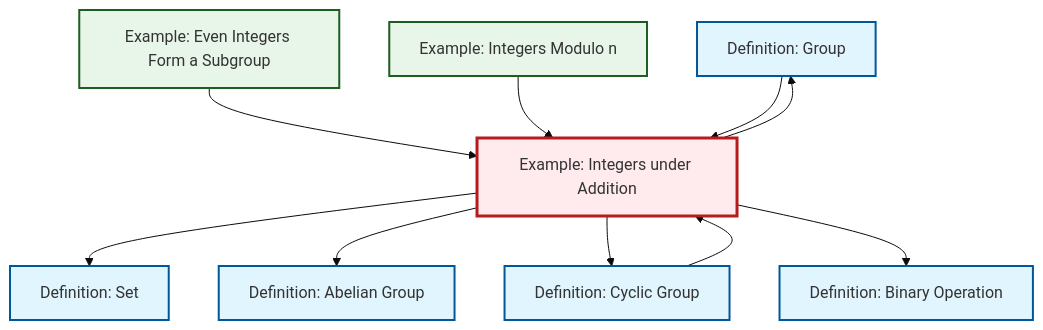
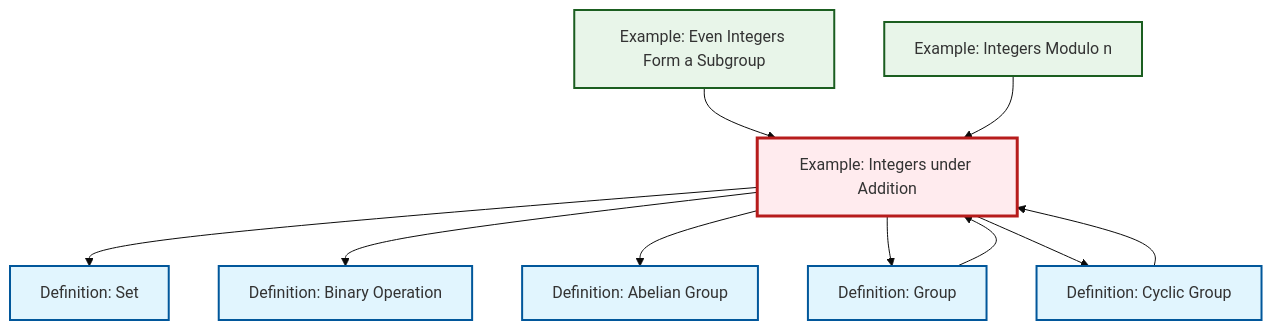
One commit to RK0429/ModernMath changed the diagram in content/ja/algebra/ex-integers-addition.qmd. Above: the diagram before and after it, drawn with Mermaid (base theme). The commit also changed other lines of this file and 654 other files, not shown here.

````diff
--- a/content/ja/algebra/ex-integers-addition.qmd
+++ b/content/ja/algebra/ex-integers-addition.qmd
@@ -74,34 +74,34 @@
 ```{mermaid}
 %%| fig-cap: "Local dependency graph"
 graph TD
     classDef definition fill:#e1f5fe,stroke:#01579b,stroke-width:2px
     classDef theorem fill:#f3e5f5,stroke:#4a148c,stroke-width:2px
     classDef axiom fill:#fff3e0,stroke:#e65100,stroke-width:2px
     classDef example fill:#e8f5e9,stroke:#1b5e20,stroke-width:2px
     classDef current fill:#ffebee,stroke:#b71c1c,stroke-width:3px
+    ex-even-integers-subgroup["Example: Even Integers Form a Subgroup"]:::example
+    def-set["Definition: Set"]:::definition
+    def-cyclic-group["Definition: Cyclic Group"]:::definition
+    ex-integers-addition["Example: Integers under Addition"]:::example
     def-group["Definition: Group"]:::definition
+    def-binary-operation["Definition: Binary Operation"]:::definition
     def-abelian-group["Definition: Abelian Group"]:::definition
-    def-binary-operation["Definition: Binary Operation"]:::definition
-    def-cyclic-group["Definition: Cyclic Group"]:::definition
-    ex-even-integers-subgroup["Example: Even Integers Form a Subgroup"]:::example
     ex-quotient-integers-mod-n["Example: Integers Modulo n"]:::example
-    def-set["Definition: Set"]:::definition
-    ex-integers-addition["Example: Integers under Addition"]:::example
     ex-integers-addition --> def-set
+    def-cyclic-group --> ex-integers-addition
+    ex-integers-addition --> def-binary-operation
+    ex-integers-addition --> def-abelian-group
+    ex-integers-addition --> def-group
     ex-even-integers-subgroup --> ex-integers-addition
-    ex-integers-addition --> def-abelian-group
+    def-group --> ex-integers-addition
+    ex-quotient-integers-mod-n --> ex-integers-addition
     ex-integers-addition --> def-cyclic-group
-    ex-integers-addition --> def-group
-    ex-integers-addition --> def-binary-operation
-    ex-quotient-integers-mod-n --> ex-integers-addition
-    def-group --> ex-integers-addition
-    def-cyclic-group --> ex-integers-addition
     class ex-integers-addition current
+    click ex-even-integers-subgroup "ex-even-integers-subgroup.html" "Example: Even Integers Form a Subgroupへ"
+    click def-set "def-set.html" "Definition: Setへ"
+    click def-cyclic-group "def-cyclic-group.html" "Definition: Cyclic Groupへ"
     click def-group "def-group.html" "Definition: Groupへ"
+    click def-binary-operation "def-binary-operation.html" "Definition: Binary Operationへ"
     click def-abelian-group "def-abelian-group.html" "Definition: Abelian Groupへ"
-    click def-binary-operation "def-binary-operation.html" "Definition: Binary Operationへ"
-    click def-cyclic-group "def-cyclic-group.html" "Definition: Cyclic Groupへ"
-    click ex-even-integers-subgroup "ex-even-integers-subgroup.html" "Example: Even Integers Form a Subgroupへ"
     click ex-quotient-integers-mod-n "ex-quotient-integers-mod-n.html" "Example: Integers Modulo nへ"
-    click def-set "def-set.html" "Definition: Setへ"
 ```
````
